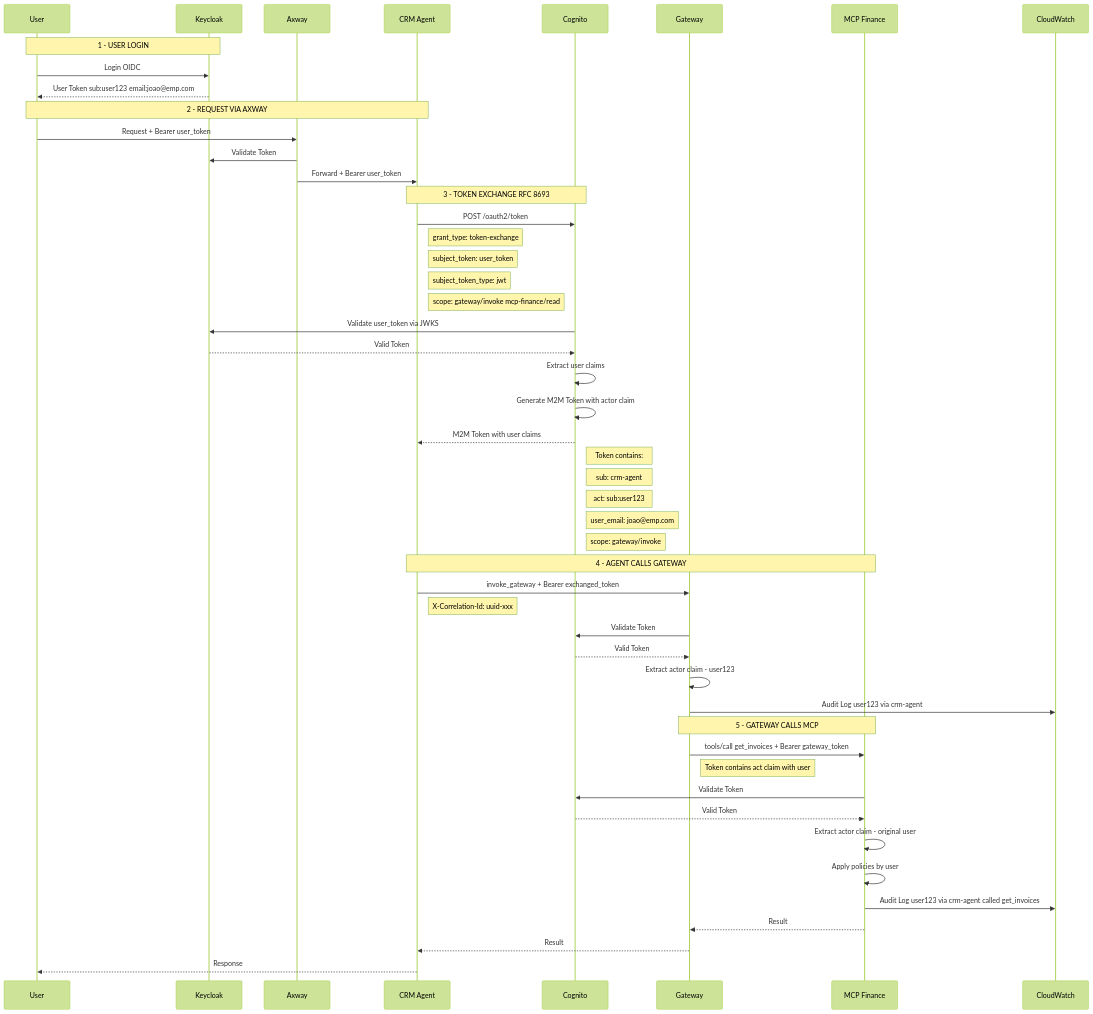
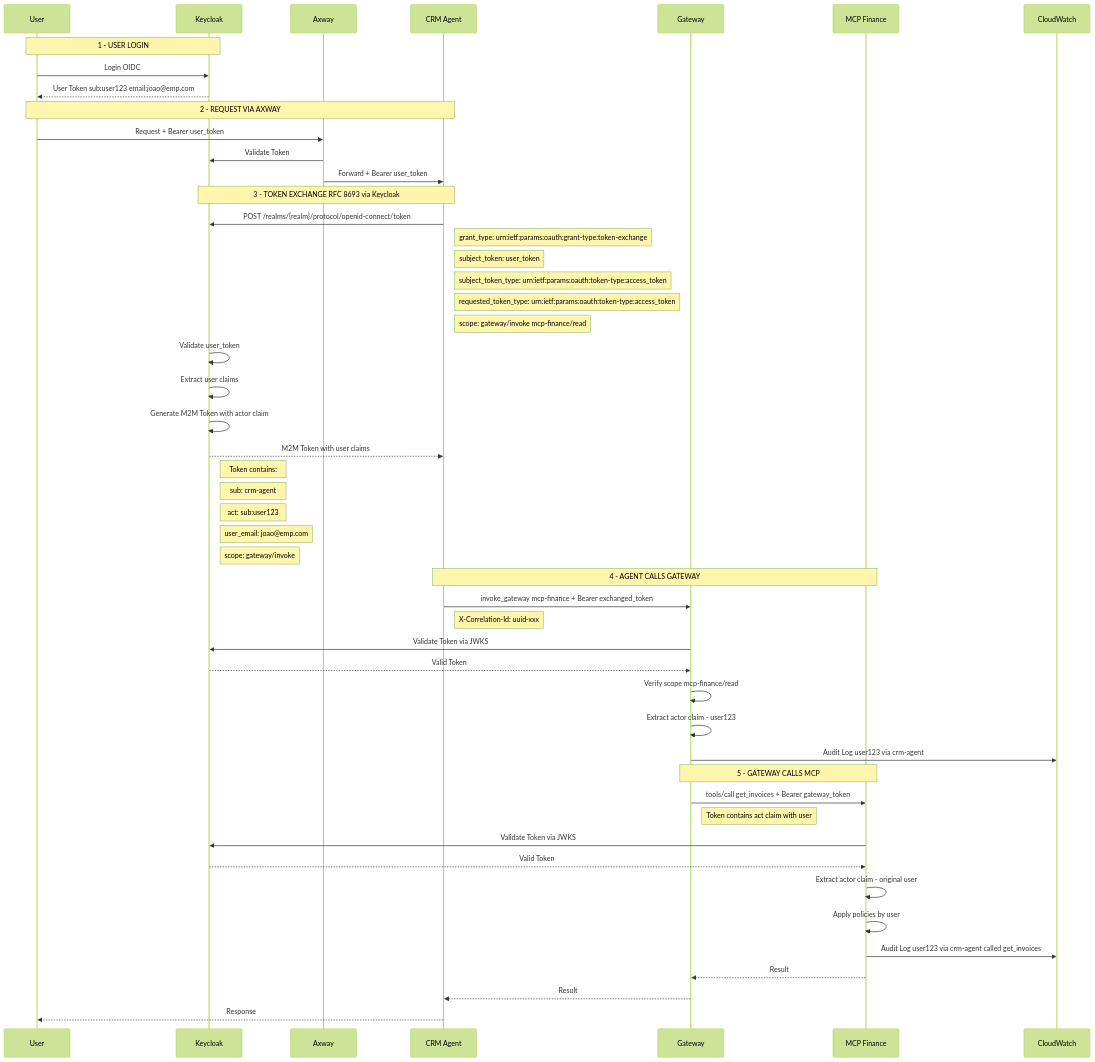
Before and after one commit to rrbemfica/agentic-architecture: the fifth of 11 diagrams in AGENTCORE_ARCHITECTURE.md, drawn with Mermaid (forest theme). The commit also changed other lines of this file, not shown here.

Commit message:
docs: update Token Exchange RFC 8693 to use Keycloak instead of Cognito
- Add warning that Cognito does not support RFC 8693
- Update comparison table showing Cognito vs Keycloak support
- Fix sequence diagram to use Keycloak for token exchange and validation
- Add explicit scope verification for M2M authorization

````diff
--- a/AGENTCORE_ARCHITECTURE.md
+++ b/AGENTCORE_ARCHITECTURE.md
@@ -417,61 +419,61 @@
 ```mermaid
 sequenceDiagram
     participant User as User
     participant Keycloak as Keycloak
     participant Axway as Axway
     participant Agent as CRM Agent
-    participant Cognito as Cognito
     participant Gateway as Gateway
     participant MCP as MCP Finance
     participant Logs as CloudWatch
     
     Note over User,Keycloak: 1 - USER LOGIN
     User->>Keycloak: Login OIDC
     Keycloak-->>User: User Token sub:user123 email:joao@emp.com
     
     Note over User,Agent: 2 - REQUEST VIA AXWAY
     User->>Axway: Request + Bearer user_token
     Axway->>Keycloak: Validate Token
     Axway->>Agent: Forward + Bearer user_token
     
-    Note over Agent,Cognito: 3 - TOKEN EXCHANGE RFC 8693
-    Agent->>Cognito: POST /oauth2/token
-    Note right of Agent: grant_type: token-exchange
+    Note over Agent,Keycloak: 3 - TOKEN EXCHANGE RFC 8693 via Keycloak
+    Agent->>Keycloak: POST /realms/{realm}/protocol/openid-connect/token
+    Note right of Agent: grant_type: urn:ietf:params:oauth:grant-type:token-exchange
     Note right of Agent: subject_token: user_token
-    Note right of Agent: subject_token_type: jwt
+    Note right of Agent: subject_token_type: urn:ietf:params:oauth:token-type:access_token
+    Note right of Agent: requested_token_type: urn:ietf:params:oauth:token-type:access_token
     Note right of Agent: scope: gateway/invoke mcp-finance/read
     
-    Cognito->>Keycloak: Validate user_token via JWKS
-    Keycloak-->>Cognito: Valid Token
-    Cognito->>Cognito: Extract user claims
-    Cognito->>Cognito: Generate M2M Token with actor claim
-    Cognito-->>Agent: M2M Token with user claims
-    Note right of Cognito: Token contains:
-    Note right of Cognito: sub: crm-agent
-    Note right of Cognito: act: sub:user123
-    Note right of Cognito: user_email: joao@emp.com
-    Note right of Cognito: scope: gateway/invoke
+    Keycloak->>Keycloak: Validate user_token
+    Keycloak->>Keycloak: Extract user claims
+    Keycloak->>Keycloak: Generate M2M Token with actor claim
+    Keycloak-->>Agent: M2M Token with user claims
+    Note right of Keycloak: Token contains:
+    Note right of Keycloak: sub: crm-agent
+    Note right of Keycloak: act: sub:user123
+    Note right of Keycloak: user_email: joao@emp.com
+    Note right of Keycloak: scope: gateway/invoke
     
     Note over Agent,MCP: 4 - AGENT CALLS GATEWAY
-    Agent->>Gateway: invoke_gateway + Bearer exchanged_token
+    Agent->>Gateway: invoke_gateway mcp-finance + Bearer exchanged_token
     Note right of Agent: X-Correlation-Id: uuid-xxx
     
-    Gateway->>Cognito: Validate Token
-    Cognito-->>Gateway: Valid Token
+    Gateway->>Keycloak: Validate Token via JWKS
+    Keycloak-->>Gateway: Valid Token
+    Gateway->>Gateway: Verify scope mcp-finance/read
     Gateway->>Gateway: Extract actor claim - user123
     Gateway->>Logs: Audit Log user123 via crm-agent
     
     Note over Gateway,MCP: 5 - GATEWAY CALLS MCP
     Gateway->>MCP: tools/call get_invoices + Bearer gateway_token
     Note right of Gateway: Token contains act claim with user
     
-    MCP->>Cognito: Validate Token
-    Cognito-->>MCP: Valid Token
+    MCP->>Keycloak: Validate Token via JWKS
+    Keycloak-->>MCP: Valid Token
     MCP->>MCP: Extract actor claim - original user
     MCP->>MCP: Apply policies by user
     MCP->>Logs: Audit Log user123 via crm-agent called get_invoices
     MCP-->>Gateway: Result
     
     Gateway-->>Agent: Result
     Agent-->>User: Response
 ```
````
